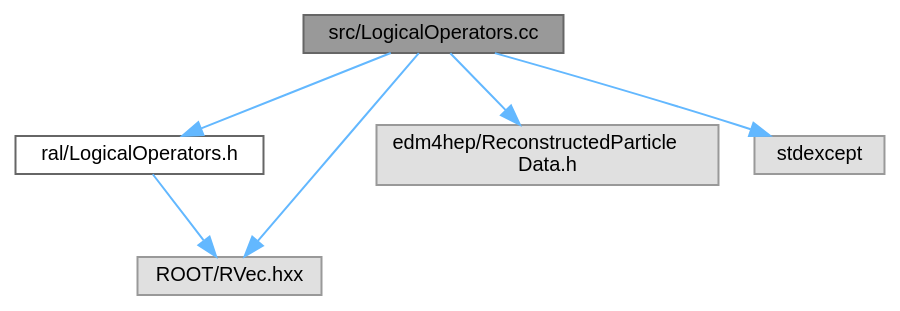
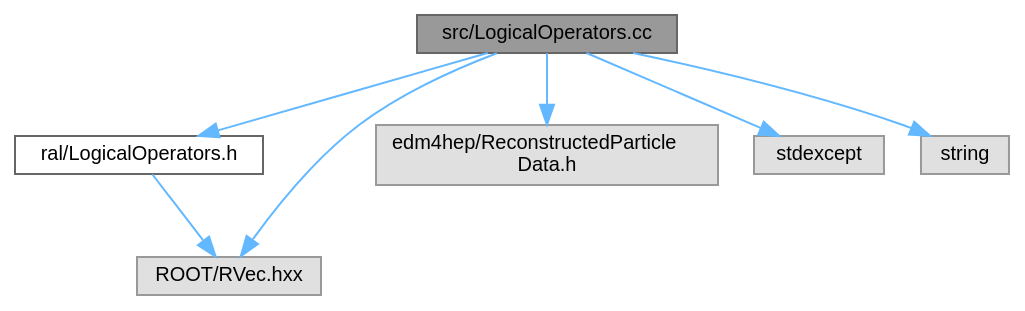
One commit to Juanki0396/ral changed the diagram in docs/LogicalOperators_8cc__incl.dot. Above: the diagram before and after it, drawn with Graphviz. The commit also changed 4 other files, not shown here.

```diff
--- a/docs/LogicalOperators_8cc__incl.dot
+++ b/docs/LogicalOperators_8cc__incl.dot
@@ -1,17 +1,19 @@
 digraph "src/LogicalOperators.cc"
 {
  // LATEX_PDF_SIZE
   bgcolor="transparent";
   edge [fontname=Helvetica,fontsize=10,labelfontname=Helvetica,labelfontsize=10];
   node [fontname=Helvetica,fontsize=10,shape=box,height=0.2,width=0.4];
   Node1 [id="Node000001",label="src/LogicalOperators.cc",height=0.2,width=0.4,color="gray40", fillcolor="grey60", style="filled", fontcolor="black",tooltip=" "];
   Node1 -> Node2 [id="edge1_Node000001_Node000002",color="steelblue1",style="solid",tooltip=" "];
   Node2 [id="Node000002",label="ral/LogicalOperators.h",height=0.2,width=0.4,color="grey40", fillcolor="white", style="filled",URL="$LogicalOperators_8h.html",tooltip=" "];
   Node2 -> Node3 [id="edge2_Node000002_Node000003",color="steelblue1",style="solid",tooltip=" "];
   Node3 [id="Node000003",label="ROOT/RVec.hxx",height=0.2,width=0.4,color="grey60", fillcolor="#E0E0E0", style="filled",tooltip=" "];
   Node1 -> Node3 [id="edge3_Node000001_Node000003",color="steelblue1",style="solid",tooltip=" "];
   Node1 -> Node4 [id="edge4_Node000001_Node000004",color="steelblue1",style="solid",tooltip=" "];
   Node4 [id="Node000004",label="edm4hep/ReconstructedParticle\lData.h",height=0.2,width=0.4,color="grey60", fillcolor="#E0E0E0", style="filled",tooltip=" "];
   Node1 -> Node5 [id="edge5_Node000001_Node000005",color="steelblue1",style="solid",tooltip=" "];
   Node5 [id="Node000005",label="stdexcept",height=0.2,width=0.4,color="grey60", fillcolor="#E0E0E0", style="filled",tooltip=" "];
+  Node1 -> Node6 [id="edge6_Node000001_Node000006",color="steelblue1",style="solid",tooltip=" "];
+  Node6 [id="Node000006",label="string",height=0.2,width=0.4,color="grey60", fillcolor="#E0E0E0", style="filled",tooltip=" "];
 }
```
